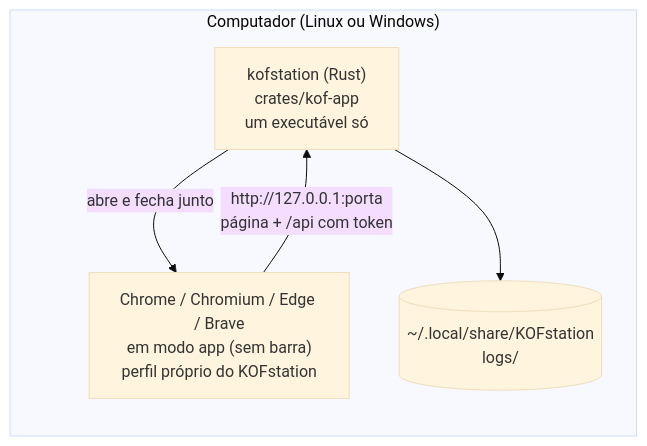
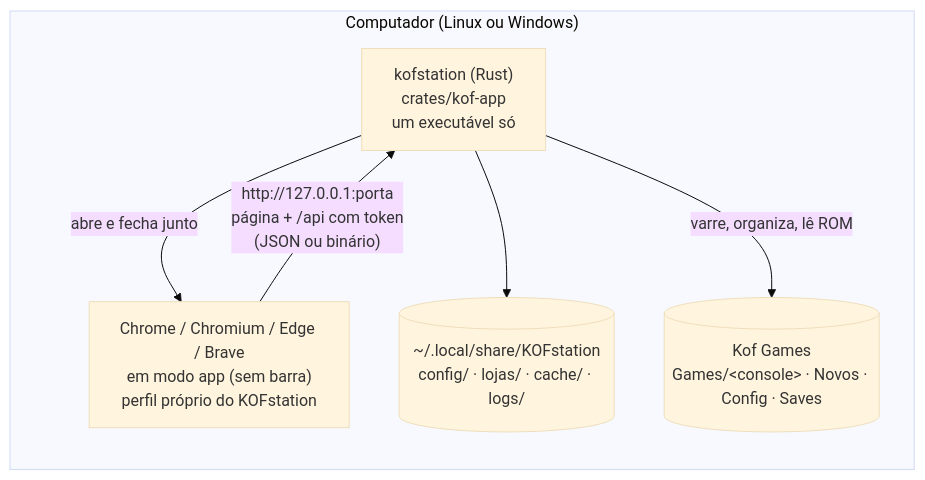
One commit to Marcelao98/KOFstation changed the first of 3 diagrams in README.md. Above: the diagram before and after it, drawn with Mermaid (base theme). The commit also changed other lines of this file and 6 other files, not shown here.

First line of the commit message:
Documentos do Lote A e B: EXPANDIR.md (como acrescentar e como achar defeito), decisões D23–D27, ROADMAP, PARIDADE, README e JORNAL

````diff
--- a/README.md
+++ b/README.md
@@ -24,11 +25,13 @@
 ```mermaid
 flowchart LR
   subgraph PC["Computador (Linux ou Windows)"]
     APP["kofstation (Rust)<br/>crates/kof-app<br/>um executável só"]
     NAV["Chrome / Chromium / Edge / Brave<br/>em modo app (sem barra)<br/>perfil próprio do KOFstation"]
-    LOG[("~/.local/share/KOFstation<br/>logs/")]
+    DADOS[("~/.local/share/KOFstation<br/>config/ · lojas/ · cache/ · logs/")]
+    KG[("Kof Games<br/>Games/&lt;console&gt; · Novos · Config · Saves")]
   end
   APP -- "abre e fecha junto" --> NAV
-  NAV -- "http://127.0.0.1:porta<br/>página + /api com token" --> APP
-  APP --> LOG
+  NAV -- "http://127.0.0.1:porta<br/>página + /api com token<br/>(JSON ou binário)" --> APP
+  APP --> DADOS
+  APP -- "varre, organiza, lê ROM" --> KG
 ```
````
